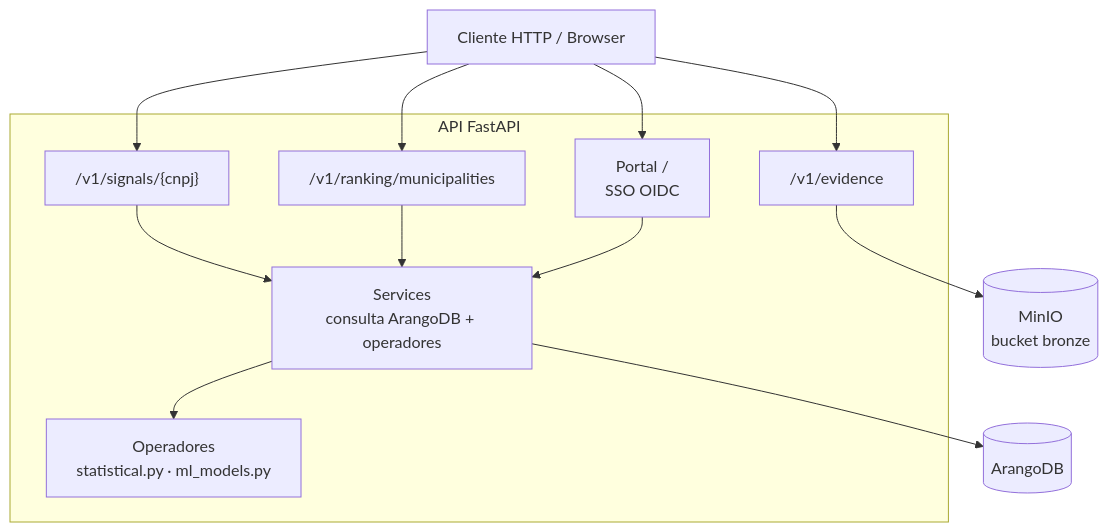
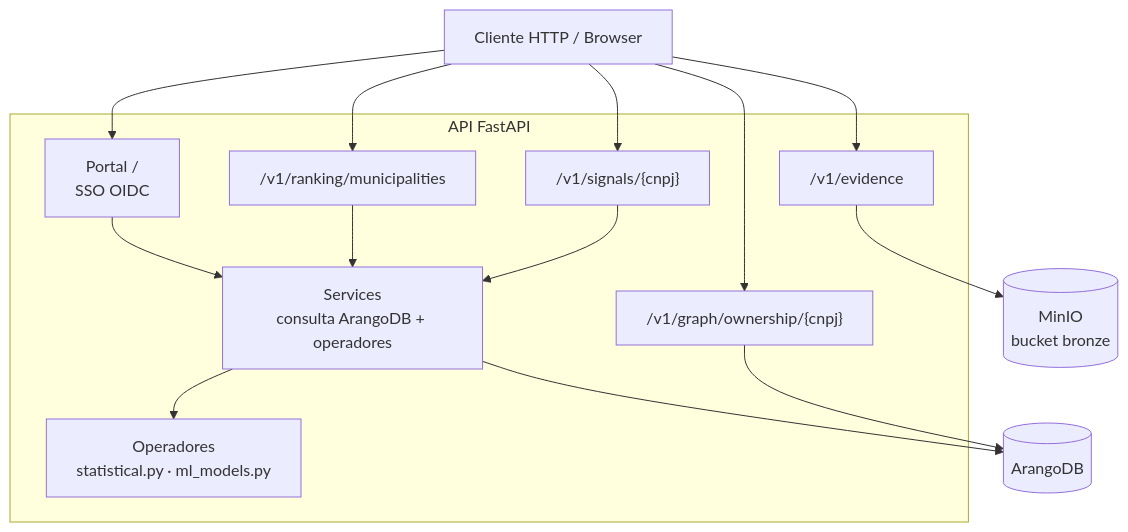
One commit to 0b3st4f3r4/Capiba changed the second of 2 diagrams in docs/api.md. Above: the diagram before and after it, drawn with Mermaid. The commit also changed other lines of this file and 15 other files, not shown here.

````diff
--- a/docs/api.md
+++ b/docs/api.md
@@ -29,19 +29,21 @@
 ```mermaid
 flowchart TB
     subgraph api["API FastAPI"]
         router_signals["/v1/signals/{cnpj}"]
         router_ranking["/v1/ranking/municipalities"]
         router_evidence["/v1/evidence"]
+        router_graph["/v1/graph/ownership/{cnpj}"]
         portal["Portal /<br/>SSO OIDC"]
         services["Services<br/>consulta ArangoDB + operadores"]
         operators["Operadores<br/>statistical.py · ml_models.py"]
     end
 
-    client["Cliente HTTP / Browser"] --> router_signals & router_ranking & router_evidence & portal
+    client["Cliente HTTP / Browser"] --> router_signals & router_ranking & router_evidence & router_graph & portal
     router_signals --> services
     router_ranking --> services
+    router_graph --> arango
     router_evidence --> minio[("MinIO<br/>bucket bronze")]
     portal --> services
     services --> operators
     services --> arango[("ArangoDB")]
 ```
````
